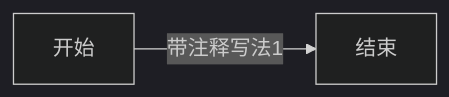
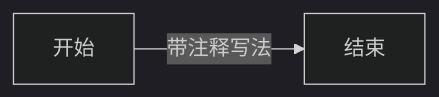
Before and after one commit to coblan/voiceplateform: the diagram in doc/source/abstract.md, drawn with Mermaid (dark theme). The commit also changed other lines of this file and 9 other files, not shown here.

````diff
--- a/doc/source/abstract.md
+++ b/doc/source/abstract.md
@@ -6,5 +5,5 @@
 ``` mermaid::
 
     graph LR
-    开始 -- 带注释写法1 --> 结束
+    开始 -- 带注释写法 --> 结束
 ```
````
